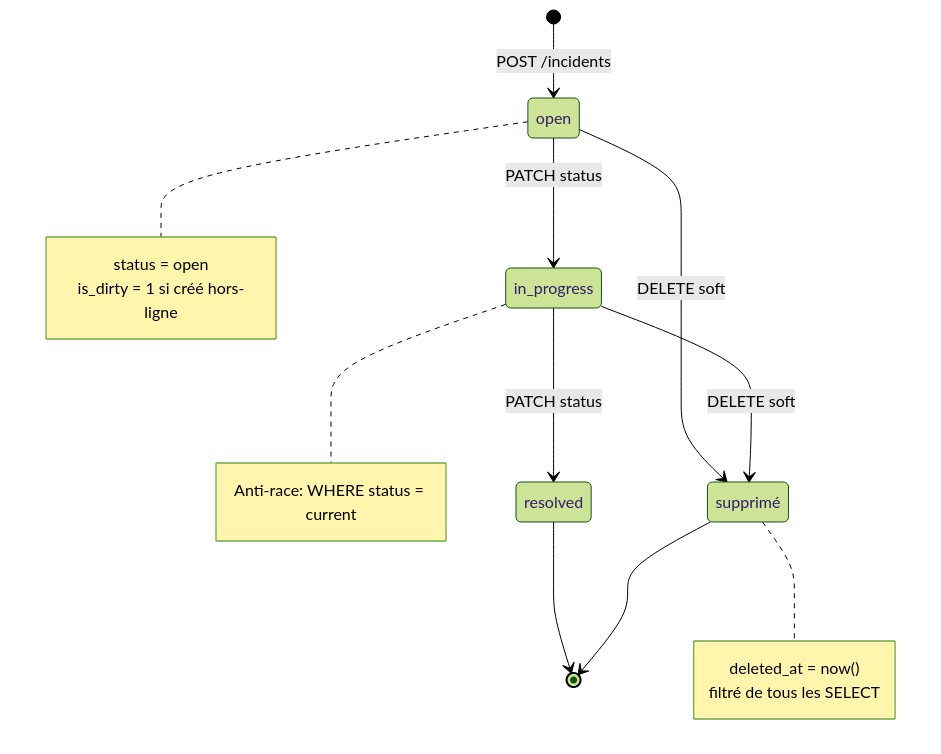
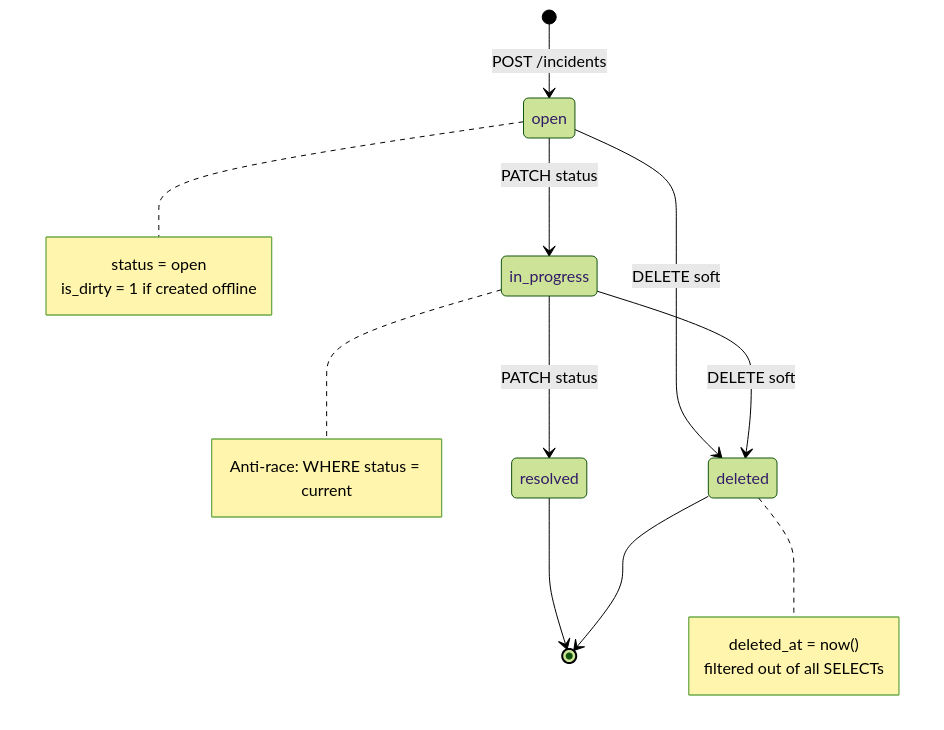
The fifth of 23 diagrams in docs/RAPPORT-ETAPE2.md (creibaud/QuartierConnect), drawn with Mermaid (forest theme) before and after one commit. The commit also changed other lines of this file and 155 other files, not shown here.

````diff
--- a/docs/RAPPORT-ETAPE2.md
+++ b/docs/RAPPORT-ETAPE2.md
@@ -232,22 +232,22 @@
 ```mermaid
 stateDiagram-v2
     [*] --> open : POST /incidents
     open --> in_progress : PATCH status
     in_progress --> resolved : PATCH status
     resolved --> [*]
-    open --> supprimé : DELETE soft
-    in_progress --> supprimé : DELETE soft
-    supprimé --> [*]
+    open --> deleted : DELETE soft
+    in_progress --> deleted : DELETE soft
+    deleted --> [*]
 
     note right of open
         status = open
-        is_dirty = 1 si créé hors-ligne
+        is_dirty = 1 if created offline
     end note
     note right of in_progress
         Anti-race: WHERE status = current
     end note
-    note right of supprimé
+    note right of deleted
         deleted_at = now()
-        filtré de tous les SELECT
+        filtered out of all SELECTs
     end note
 ```
````
